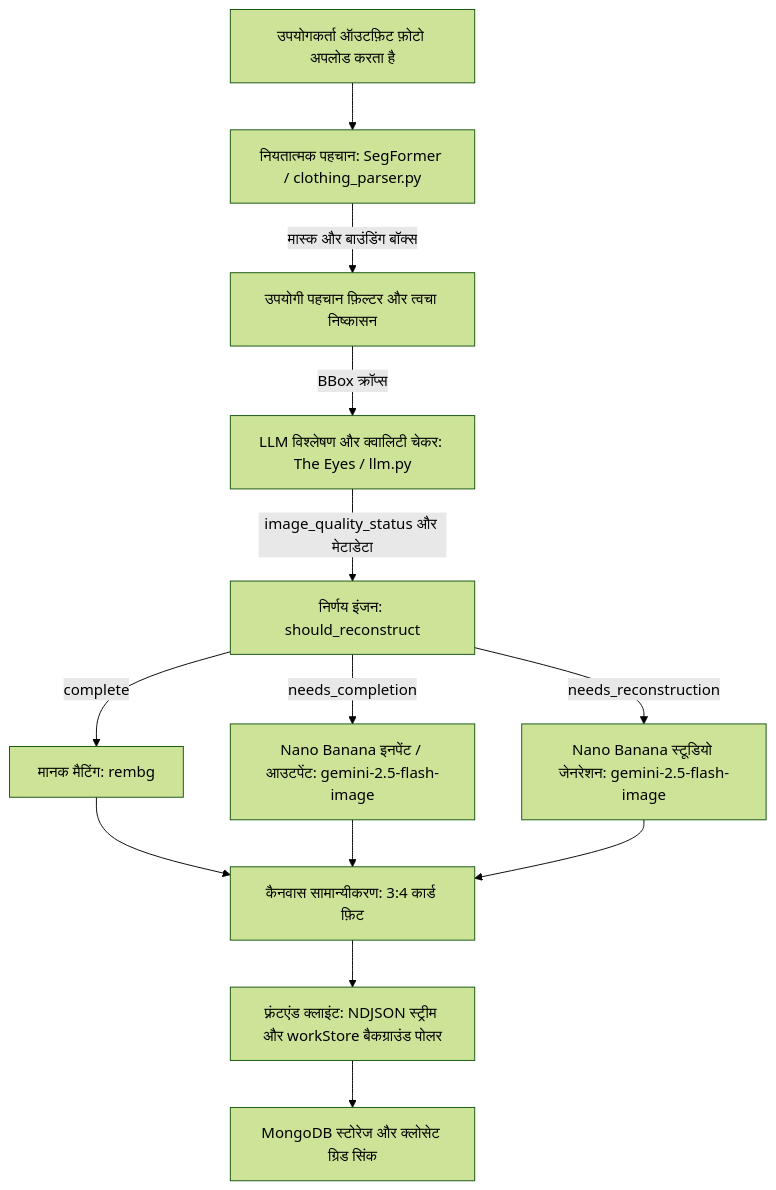
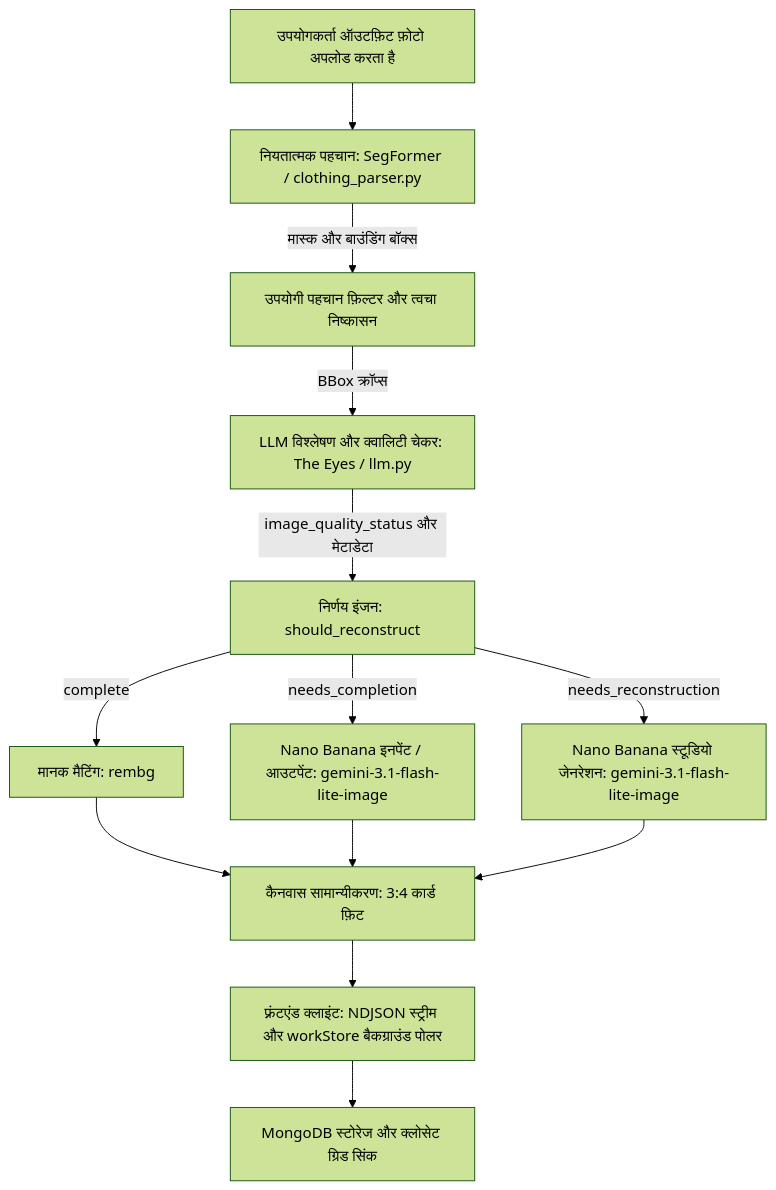
Before and after one commit to Yoram-Jacobs/DressAppV1: the diagram in wiki/hi/garmentvision.md, drawn with Mermaid (forest theme). The commit also changed other lines of this file and 66 other files, not shown here.

````diff
--- a/wiki/hi/garmentvision.md
+++ b/wiki/hi/garmentvision.md
@@ -18,17 +18,17 @@
 ```mermaid
 graph TD
     A[उपयोगकर्ता ऑउटफ़िट फ़ोटो अपलोड करता है] --> B[नियतात्मक पहचान: SegFormer / clothing_parser.py]
     B -->|मास्क और बाउंडिंग बॉक्स| C[उपयोगी पहचान फ़िल्टर और त्वचा निष्कासन]
     C -->|BBox क्रॉप्स| D[LLM विश्लेषण और क्वालिटी चेकर: The Eyes / llm.py]
     D -->|image_quality_status और मेटाडेटा| E[निर्णय इंजन: should_reconstruct]
     
     E -->|complete| F[मानक मैटिंग: rembg]
-    E -->|needs_completion| G[Nano Banana इनपेंट / आउटपेंट: gemini-2.5-flash-image]
-    E -->|needs_reconstruction| H[Nano Banana स्टूडियो जेनरेशन: gemini-2.5-flash-image]
+    E -->|needs_completion| G[Nano Banana इनपेंट / आउटपेंट: gemini-3.1-flash-lite-image]
+    E -->|needs_reconstruction| H[Nano Banana स्टूडियो जेनरेशन: gemini-3.1-flash-lite-image]
     
     F --> I[कैनवास सामान्यीकरण: 3:4 कार्ड फ़िट]
     G --> I
     H --> I
     I --> J[फ़्रंटएंड क्लाइंट: NDJSON स्ट्रीम और workStore बैकग्राउंड पोलर]
     J --> K[MongoDB स्टोरेज और क्लोसेट ग्रिड सिंक]
 ```
````
